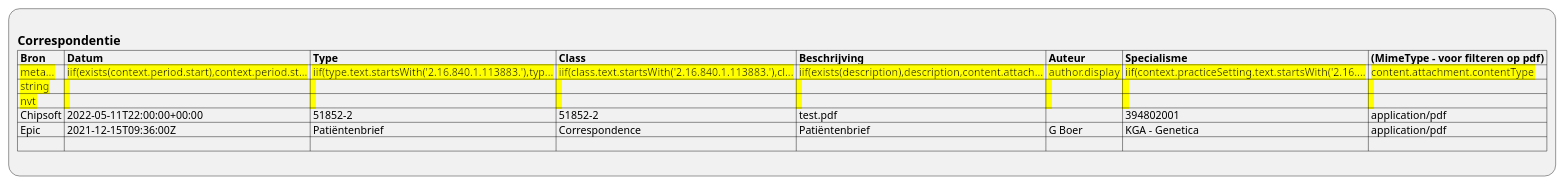
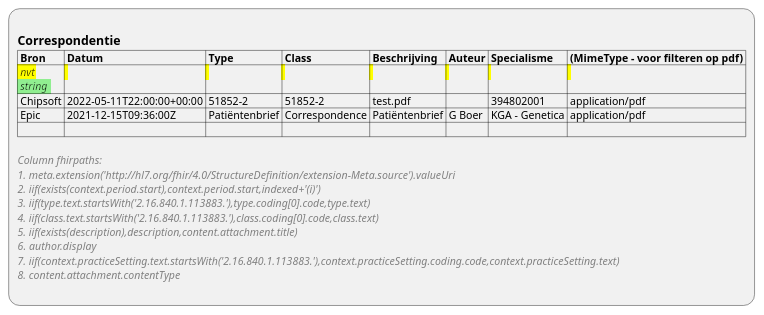
Before and after one commit to RIVO-Noord/zorgviewer-ig: the diagram in input/images-source/ViewDefinition-DocumentReference.plantuml, drawn with PlantUML. The commit also changed 11 other files, not shown here.

```diff
--- a/input/images-source/ViewDefinition-DocumentReference.plantuml
+++ b/input/images-source/ViewDefinition-DocumentReference.plantuml
@@ -1,12 +1,20 @@
 @startuml ViewDefinition-DocumentReference
 :
 == Correspondentie
 |= Bron |= Datum |= Type |= Class |= Beschrijving |= Auteur |= Specialisme |= (MimeType - voor filteren op pdf) |
-|<back:yellow> meta... |<back:yellow> iif(exists(context.period.start),context.period.st... |<back:yellow> iif(type.text.startsWith('2.16.840.1.113883.'),typ... |<back:yellow> iif(class.text.startsWith('2.16.840.1.113883.'),cl... |<back:yellow> iif(exists(description),description,content.attach... |<back:yellow> author.display |<back:yellow> iif(context.practiceSetting.text.startsWith('2.16.... |<back:yellow> content.attachment.contentType |
-|<back:yellow> string |<back:yellow>  |<back:yellow>  |<back:yellow>  |<back:yellow>  |<back:yellow>  |<back:yellow>  |<back:yellow>  |
-|<back:yellow> nvt |<back:yellow>  |<back:yellow>  |<back:yellow>  |<back:yellow>  |<back:yellow>  |<back:yellow>  |<back:yellow>  |
+|<back:yellow> //nvt//\n<back:lightgreen> //string// |<back:yellow> \n |<back:yellow> \n |<back:yellow> \n |<back:yellow> \n |<back:yellow> \n |<back:yellow> \n |<back:yellow> \n |
 | Chipsoft | 2022-05-11T22:00:00+00:00 | 51852-2 | 51852-2 | test.pdf |  | 394802001 | application/pdf |
 | Epic | 2021-12-15T09:36:00Z | Patiëntenbrief | Correspondence | Patiëntenbrief | G Boer | KGA - Genetica | application/pdf |
 | |
+
+<color:gray>//Column fhirpaths://
+<color:gray>//1. meta.extension('http:~//hl7.org/fhir/4.0/StructureDefinition/extension-Meta.source').valueUri//
+<color:gray>//2. iif(exists(context.period.start),context.period.start,indexed+'(i)')//
+<color:gray>//3. iif(type.text.startsWith('2.16.840.1.113883.'),type.coding[0].code,type.text)//
+<color:gray>//4. iif(class.text.startsWith('2.16.840.1.113883.'),class.coding[0].code,class.text)//
+<color:gray>//5. iif(exists(description),description,content.attachment.title)//
+<color:gray>//6. author.display//
+<color:gray>//7. iif(context.practiceSetting.text.startsWith('2.16.840.1.113883.'),context.practiceSetting.coding.code,context.practiceSetting.text)//
+<color:gray>//8. content.attachment.contentType//
 ;
 @enduml
```
